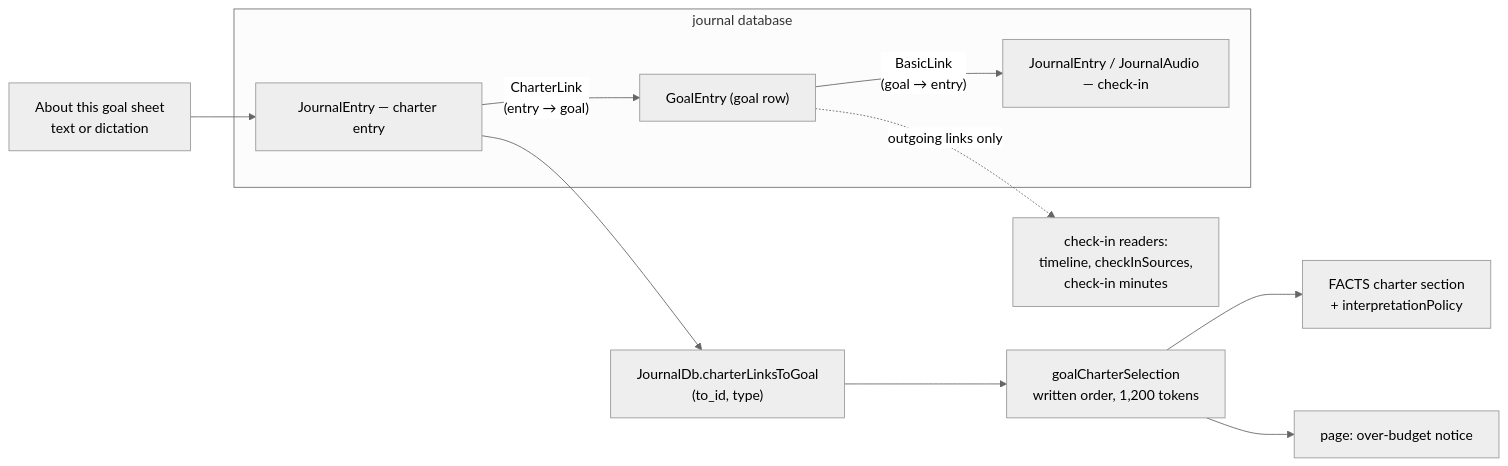
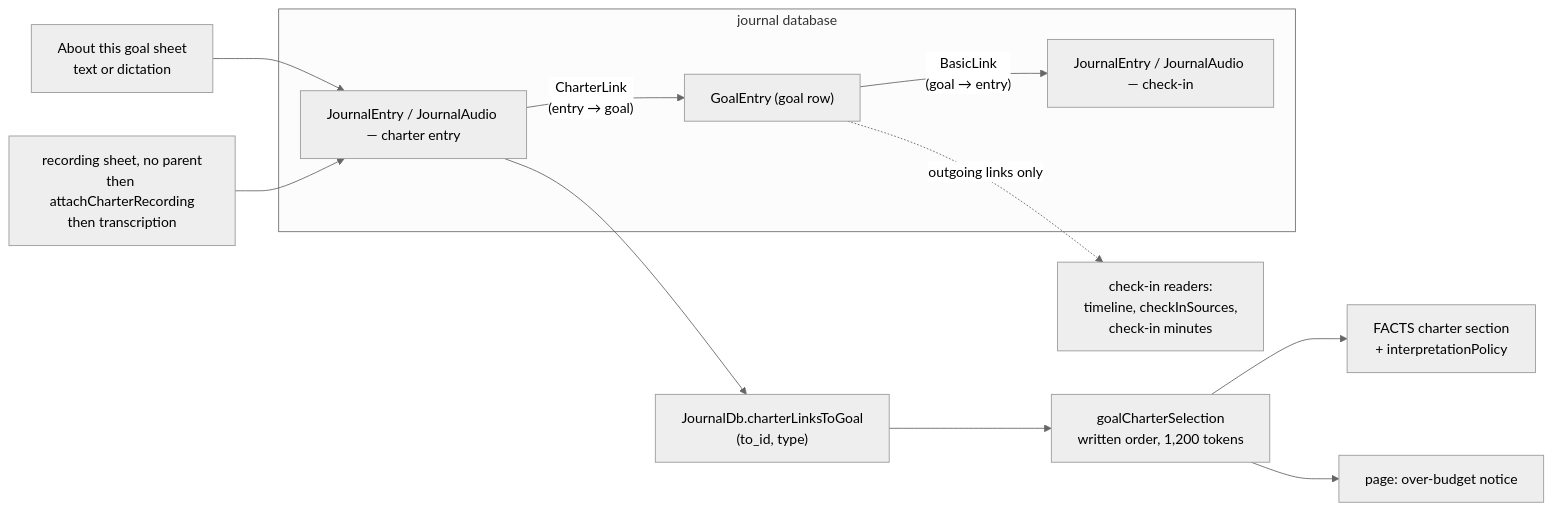
One commit to matthiasn/lotti changed the eighth of 8 diagrams in knowledge/features/goals.md. Above: the diagram before and after it, drawn with Mermaid (neutral theme). The commit also changed other lines of this file and 5 other files, not shown here.

Commit message:
docs(goals): recorded charter entries in the ADR, concepts and changelog; rules between entries

````diff
--- a/knowledge/features/goals.md
+++ b/knowledge/features/goals.md
@@ -2013,16 +2013,17 @@
 ```mermaid
 flowchart LR
   subgraph Journal["journal database"]
     G["GoalEntry (goal row)"]
-    C["JournalEntry — charter entry"]
+    C["JournalEntry / JournalAudio — charter entry"]
     K["JournalEntry / JournalAudio — check-in"]
     C -- "CharterLink\n(entry → goal)" --> G
     G -- "BasicLink\n(goal → entry)" --> K
   end
   SHEET["About this goal sheet\ntext or dictation"] --> C
+  REC["recording sheet, no parent\nthen attachCharterRecording\nthen transcription"] --> C
   G -. "outgoing links only" .-> READERS["check-in readers:\ntimeline, checkInSources,\ncheck-in minutes"]
   C --> CL["JournalDb.charterLinksToGoal\n(to_id, type)"]
   CL --> SEL["goalCharterSelection\nwritten order, 1,200 tokens"]
   SEL --> F["FACTS charter section\n+ interpretationPolicy"]
   SEL --> WARN["page: over-budget notice"]
 ```
````
